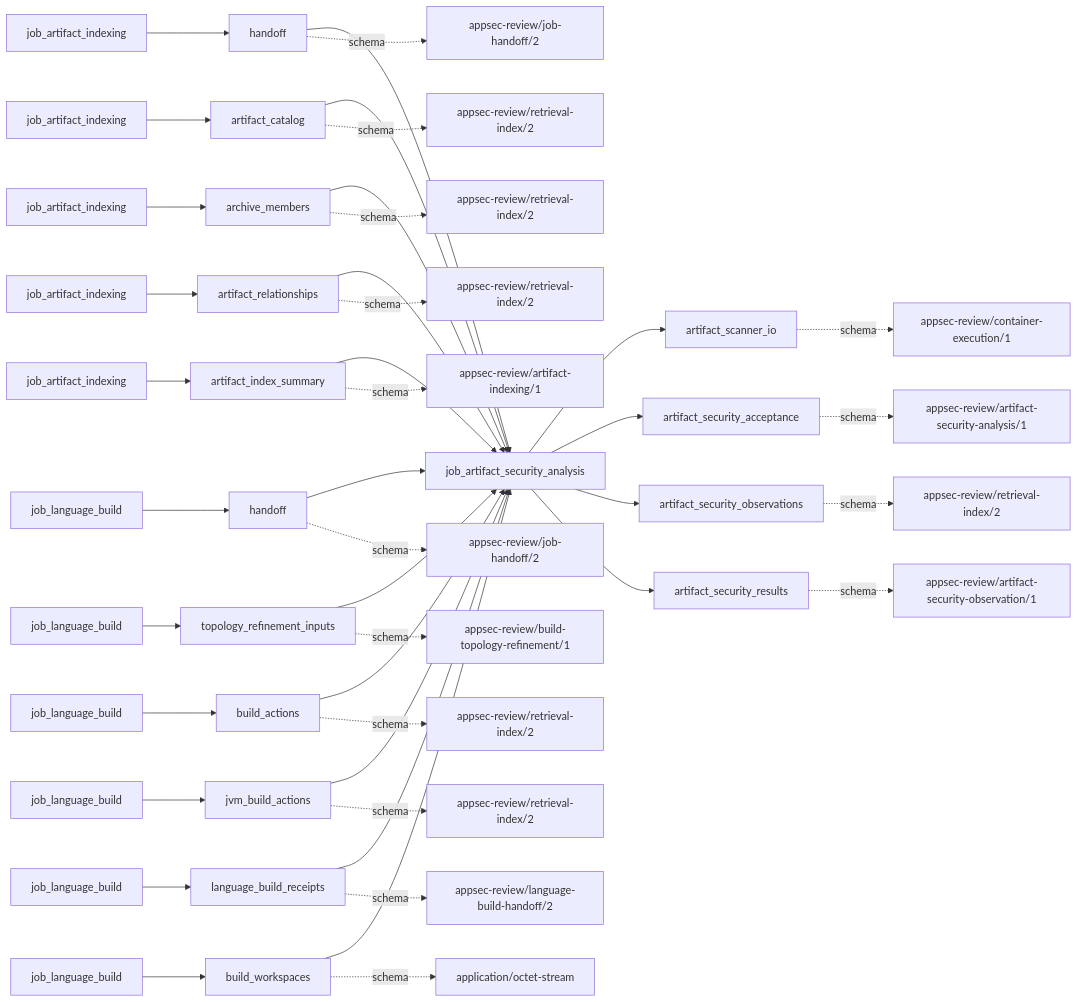
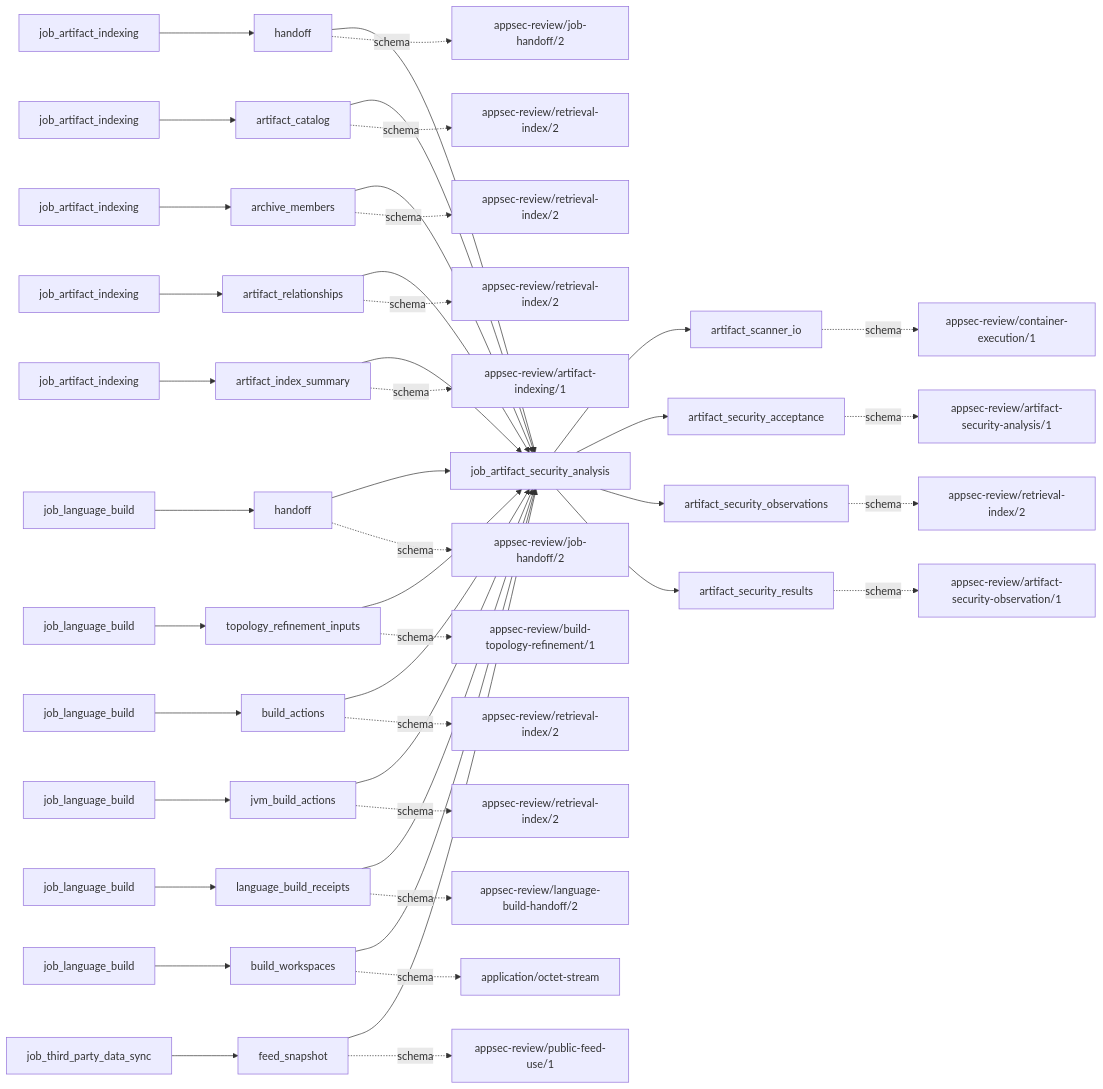
One commit to wsollers/appsec-review changed the first of 2 diagrams in docs/operations/job_artifact_security_analysis.md. Above: the diagram before and after it, drawn with Mermaid. The commit also changed other lines of this file and 19 other files, not shown here.

````diff
--- a/docs/operations/job_artifact_security_analysis.md
+++ b/docs/operations/job_artifact_security_analysis.md
@@ -133,75 +134,80 @@
 ```mermaid
 flowchart LR
   job["job_artifact_security_analysis"]
   producer0["job_artifact_indexing"]
   input0["handoff"]
   input_schema0["appsec-review/job-handoff/2"]
   producer0 --> input0 --> job
   input0 -. schema .-> input_schema0
   producer1["job_artifact_indexing"]
   input1["artifact_catalog"]
   input_schema1["appsec-review/retrieval-index/2"]
   producer1 --> input1 --> job
   input1 -. schema .-> input_schema1
   producer2["job_artifact_indexing"]
   input2["archive_members"]
   input_schema2["appsec-review/retrieval-index/2"]
   producer2 --> input2 --> job
   input2 -. schema .-> input_schema2
   producer3["job_artifact_indexing"]
   input3["artifact_relationships"]
   input_schema3["appsec-review/retrieval-index/2"]
   producer3 --> input3 --> job
   input3 -. schema .-> input_schema3
   producer4["job_artifact_indexing"]
   input4["artifact_index_summary"]
   input_schema4["appsec-review/artifact-indexing/1"]
   producer4 --> input4 --> job
   input4 -. schema .-> input_schema4
   producer5["job_language_build"]
   input5["handoff"]
   input_schema5["appsec-review/job-handoff/2"]
   producer5 --> input5 --> job
   input5 -. schema .-> input_schema5
   producer6["job_language_build"]
   input6["topology_refinement_inputs"]
   input_schema6["appsec-review/build-topology-refinement/1"]
   producer6 --> input6 --> job
   input6 -. schema .-> input_schema6
   producer7["job_language_build"]
   input7["build_actions"]
   input_schema7["appsec-review/retrieval-index/2"]
   producer7 --> input7 --> job
   input7 -. schema .-> input_schema7
   producer8["job_language_build"]
   input8["jvm_build_actions"]
   input_schema8["appsec-review/retrieval-index/2"]
   producer8 --> input8 --> job
   input8 -. schema .-> input_schema8
   producer9["job_language_build"]
   input9["language_build_receipts"]
   input_schema9["appsec-review/language-build-handoff/2"]
   producer9 --> input9 --> job
   input9 -. schema .-> input_schema9
   producer10["job_language_build"]
   input10["build_workspaces"]
   input_schema10["application/octet-stream"]
   producer10 --> input10 --> job
   input10 -. schema .-> input_schema10
+  producer11["job_third_party_data_sync"]
+  input11["feed_snapshot"]
+  input_schema11["appsec-review/public-feed-use/1"]
+  producer11 --> input11 --> job
+  input11 -. schema .-> input_schema11
   output0["artifact_scanner_io"]
   output_schema0["appsec-review/container-execution/1"]
   job --> output0
   output0 -. schema .-> output_schema0
   output1["artifact_security_acceptance"]
   output_schema1["appsec-review/artifact-security-analysis/1"]
   job --> output1
   output1 -. schema .-> output_schema1
   output2["artifact_security_observations"]
   output_schema2["appsec-review/retrieval-index/2"]
   job --> output2
   output2 -. schema .-> output_schema2
   output3["artifact_security_results"]
   output_schema3["appsec-review/artifact-security-observation/1"]
   job --> output3
   output3 -. schema .-> output_schema3
 ```
````
